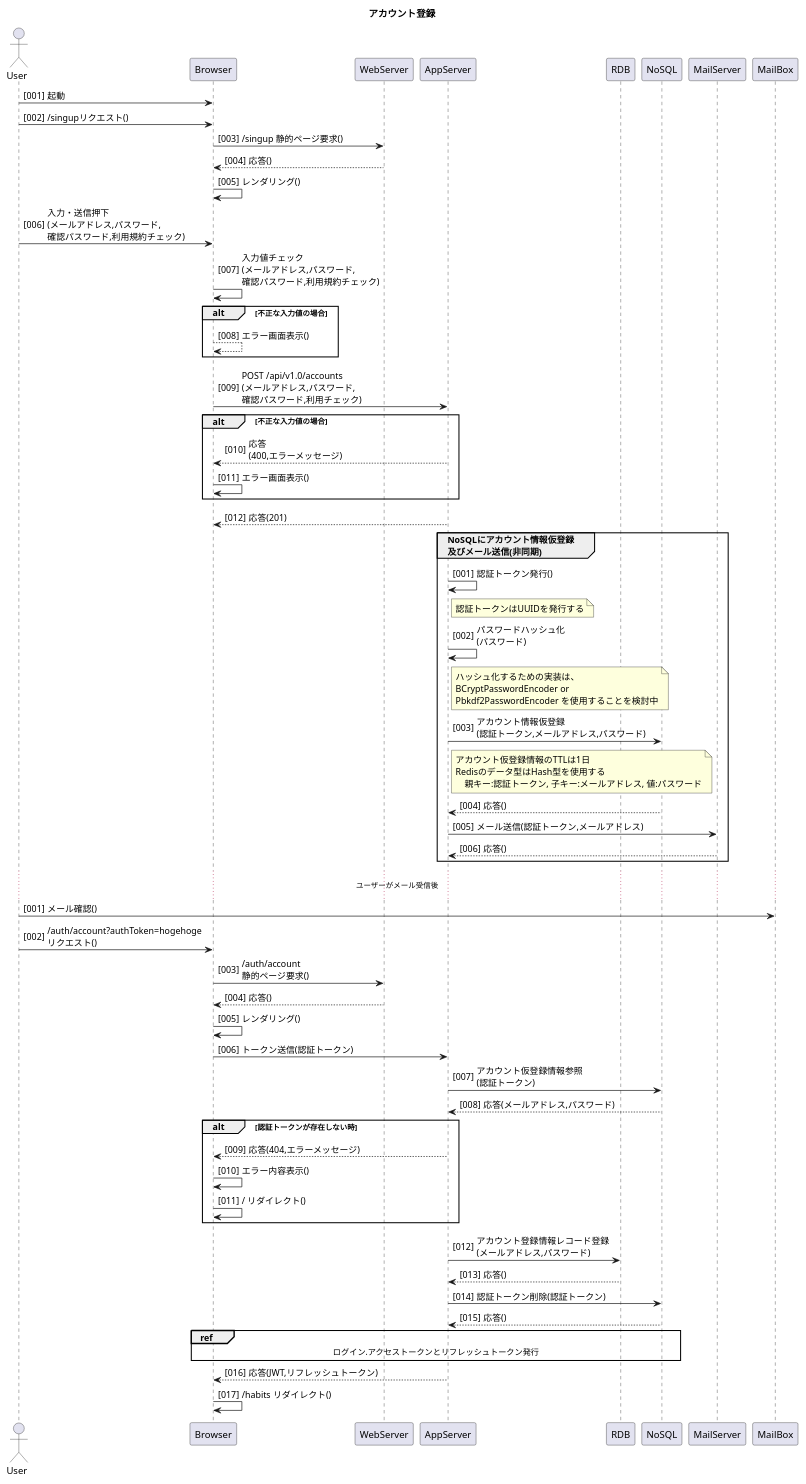
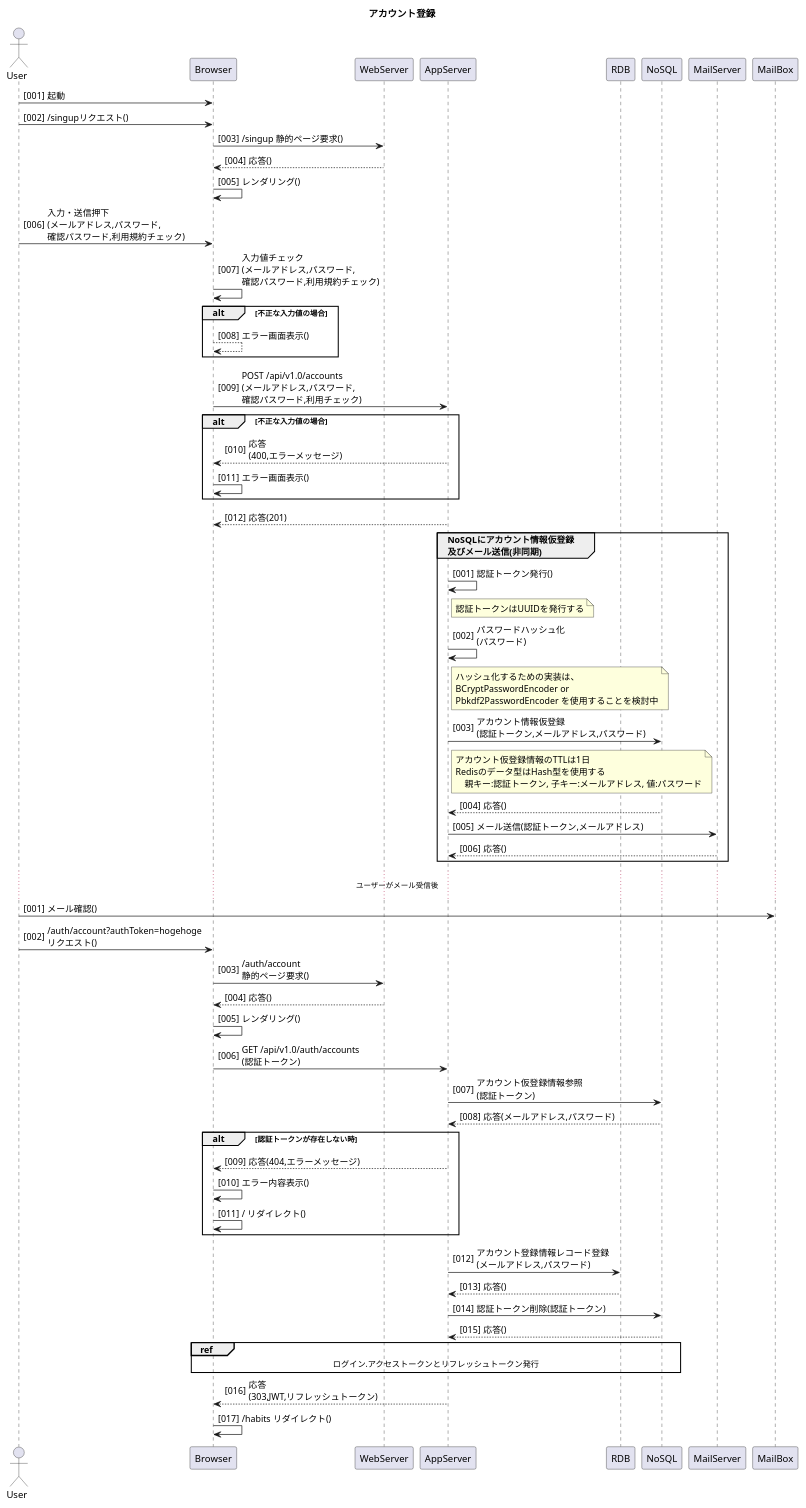
Before and after one commit to TAKAHIRO-03/GoodHabits_doc: the diagram in 03_BD/sequence/registerAccount.pu, drawn with PlantUML. The commit also changed 2 other files, not shown here.

```diff
--- a/03_BD/sequence/registerAccount.pu
+++ b/03_BD/sequence/registerAccount.pu
@@ -1,82 +1,82 @@
 @startuml アカウント登録
 autonumber "[000]"
 title アカウント登録
 
 actor User
 participant Browser
 participant WebServer
 participant AppServer
 participant RDB
 participant NoSQL
 participant MailServer
 participant MailBox
 !pragma teoz true
 
 User -> Browser: 起動
 User -> Browser: /singupリクエスト()
 Browser -> WebServer: /singup 静的ページ要求()
 WebServer --> Browser: 応答()
 Browser -> Browser: レンダリング()
 
 User -> Browser: 入力・送信押下\n(メールアドレス,パスワード,\n確認パスワード,利用規約チェック)
 Browser -> Browser: 入力値チェック\n(メールアドレス,パスワード,\n確認パスワード,利用規約チェック)
 alt 不正な入力値の場合
   Browser --> Browser: エラー画面表示()
 end
 Browser -> AppServer: POST /api/v1.0/accounts\n(メールアドレス,パスワード,\n確認パスワード,利用チェック)
 alt 不正な入力値の場合
   AppServer --> Browser: 応答\n(400,エラーメッセージ)
   Browser -> Browser: エラー画面表示()
 end
 
 AppServer --> Browser: 応答(201)
 
 group NoSQLにアカウント情報仮登録\n及びメール送信(非同期)
   autonumber "[000]"
   AppServer -> AppServer: 認証トークン発行()
   note right of AppServer
     認証トークンはUUIDを発行する
   end note
   AppServer -> AppServer: パスワードハッシュ化\n(パスワード)
   note right of AppServer
     ハッシュ化するための実装は、
     BCryptPasswordEncoder or
     Pbkdf2PasswordEncoder を使用することを検討中
   end note
   AppServer -> NoSQL: アカウント情報仮登録\n(認証トークン,メールアドレス,パスワード)
   note right of AppServer
     アカウント仮登録情報のTTLは1日
     Redisのデータ型はHash型を使用する
     　親キー:認証トークン, 子キー:メールアドレス, 値:パスワード
   end note
   NoSQL --> AppServer: 応答()
   AppServer -> MailServer: メール送信(認証トークン,メールアドレス)
   MailServer --> AppServer: 応答()
 end
 
 …ユーザーがメール受信後…
 autonumber "[000]"
 
 User -> MailBox: メール確認()
 User -> Browser: /auth/account?authToken=hogehoge\nリクエスト()
 Browser -> WebServer: /auth/account\n静的ページ要求()
 WebServer --> Browser: 応答()
 Browser -> Browser: レンダリング()
-Browser -> AppServer: トークン送信(認証トークン)
+Browser -> AppServer: GET /api/v1.0/auth/accounts\n(認証トークン)
 AppServer -> NoSQL: アカウント仮登録情報参照\n(認証トークン)
 NoSQL --> AppServer: 応答(メールアドレス,パスワード)
 alt 認証トークンが存在しない時
   AppServer --> Browser: 応答(404,エラーメッセージ)
   Browser -> Browser: エラー内容表示()
   Browser -> Browser: / リダイレクト()
 end
 AppServer -> RDB: アカウント登録情報レコード登録\n(メールアドレス,パスワード)
 RDB --> AppServer: 応答()
 AppServer -> NoSQL: 認証トークン削除(認証トークン)
 NoSQL --> AppServer: 応答()
 ref over Browser,RDB,NoSQL: ログイン.アクセストークンとリフレッシュトークン発行
 
-AppServer --> Browser: 応答(JWT,リフレッシュトークン)
+AppServer --> Browser: 応答\n(303,JWT,リフレッシュトークン)
 Browser -> Browser: /habits リダイレクト()
 
 @enduml
```
